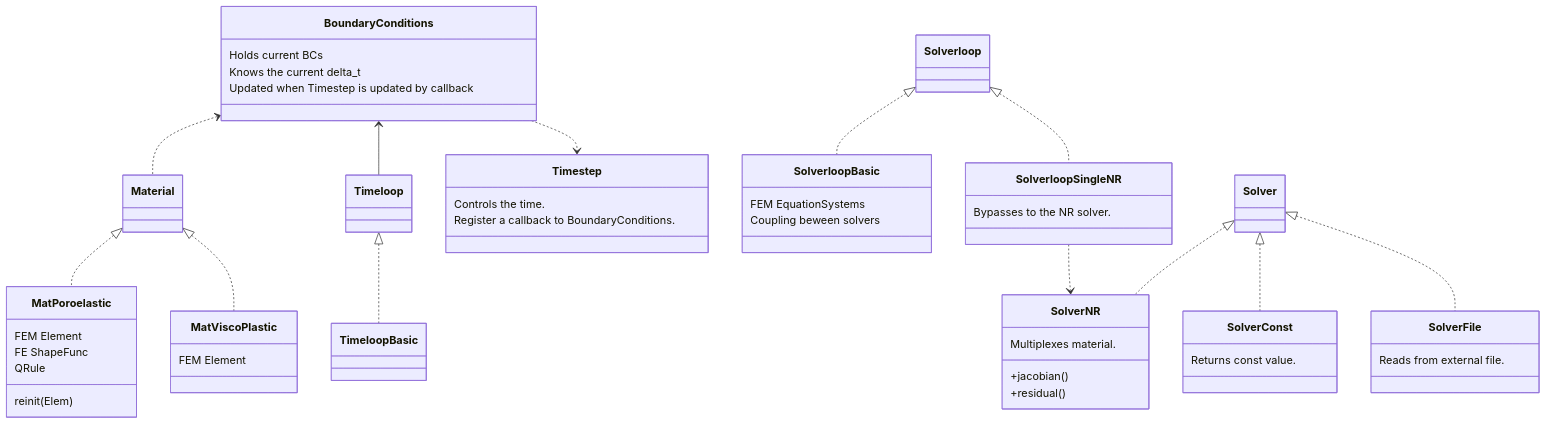
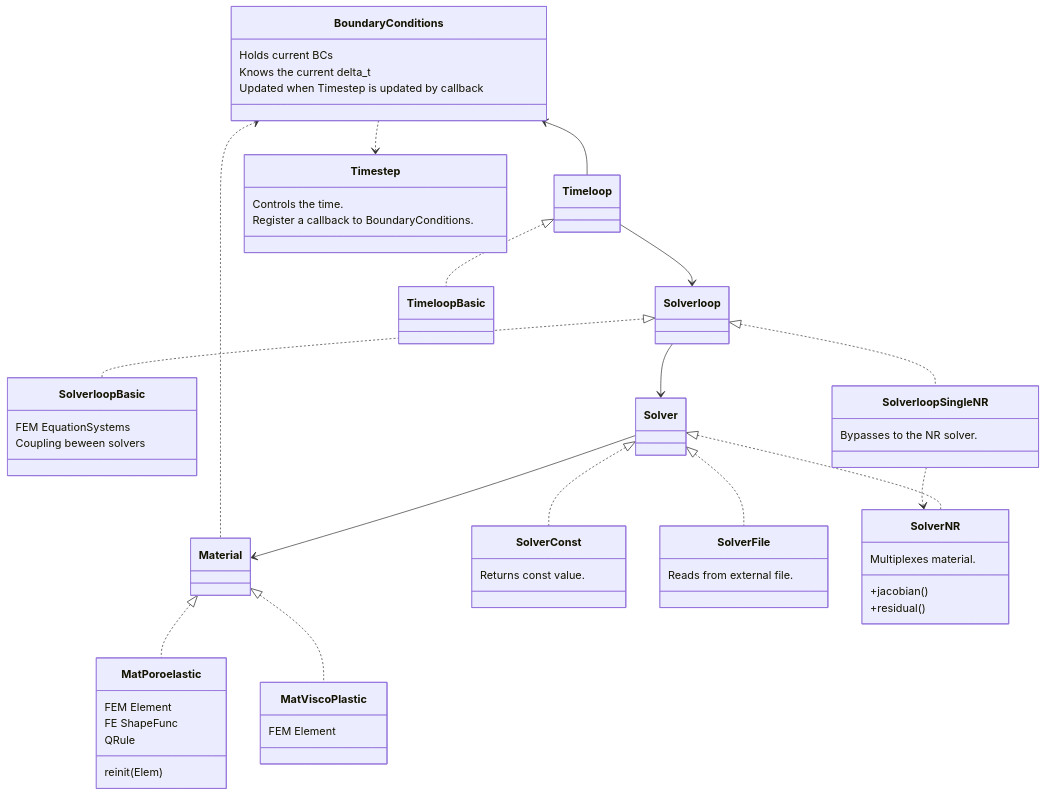
The second of 2 diagrams in doc/Description.md (rebpoli/harpy), drawn with Mermaid before and after one commit.

````diff
--- a/doc/Description.md
+++ b/doc/Description.md
@@ -76,71 +76,74 @@
 ```mermaid
 classDiagram
     BoundaryConditions <.. Material
     BoundaryConditions <-- Timeloop
 
     Solverloop <|.. SolverloopBasic
 
 
     class Timestep {
         Controls the time.
         Register a callback to BoundaryConditions.
     }
     class BoundaryConditions { 
         Holds current BCs
         Knows the current delta_t
         Updated when Timestep is updated by callback
     }
     BoundaryConditions ..> Timestep
 
 %% Implementations
     class SolverloopBasic {
         FEM EquationSystems
         Coupling beween solvers
     }
 
     class MatViscoPlastic { FEM Element }
 
     class MatPoroelastic {
         FEM Element 
         FE ShapeFunc
         QRule
         reinit(Elem)
     }
 
     class SolverloopSingleNR { Bypasses to the NR solver. } 
 
     class SolverConst { Returns const value.  }
     class SolverFile { Reads from external file. }
     class SolverNR { 
         Multiplexes material.
         
         +jacobian()
         +residual()
         }
 
 %% Dependencies
 
     SolverloopSingleNR ..> SolverNR
 
 %% Interfaces << implementations
     Timeloop <|.. TimeloopBasic
     Material <|.. MatPoroelastic
     Material <|.. MatViscoPlastic
     Solverloop <|.. SolverloopSingleNR
 
     Solver <|.. SolverNR
     Solver <|.. SolverConst
     Solver <|.. SolverFile
 
+    Timeloop --> Solverloop
+    Solverloop --> Solver
+    Solver --> Material
 
 %%
 %% classA <|-- classB    // Inheritance (B inherits from A)
 %% classA <|.. classB    // Implementation (B implements A)
 %% classA *-- classB     // Composition (B is part of A)
 %% classA o-- classB     // Aggregation (B is used by A)
 %% classA --> classB     // Association (A references B)
 %% classA ..> classB     // Dependency (A depends on B)
 %% classA ..|> classB    // Realization (B realizes A)
 %% classA <--> classB    // Bidirectional association
 
 ```
````
